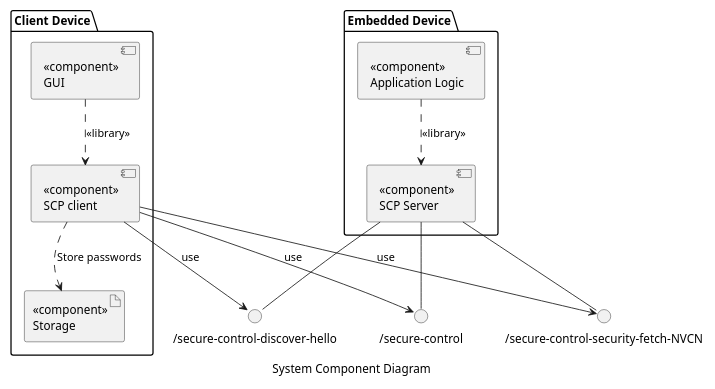
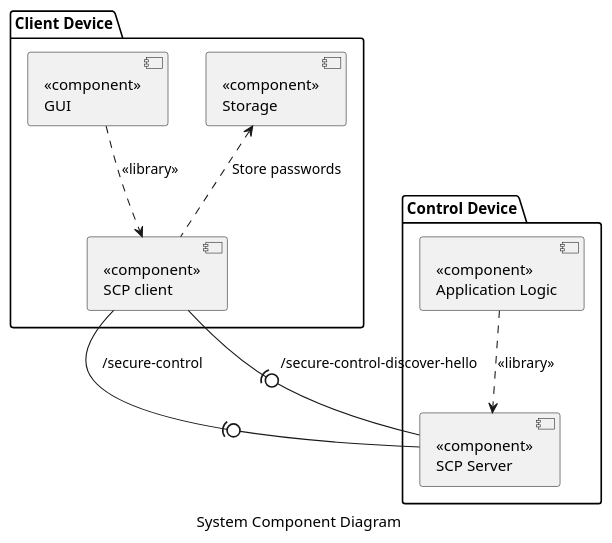
One commit to houseos/SCP changed the first of 4 diagrams in doc/secure-control-protocol-specification.md. Above: the diagram before and after it, drawn with PlantUML. The commit also changed other lines of this file and 1 other file, not shown here.

````diff
--- a/doc/secure-control-protocol-specification.md
+++ b/doc/secure-control-protocol-specification.md
@@ -36,60 +38,48 @@
 ```plantuml
 @startuml
 caption System Component Diagram
 
 skinparam monochrome true
 skinparam componentStyle uml2
 
 scale max 650 width
 
 package "Client Device" {
     component client [
         <<component>>
         SCP client
     ]
 
-    artifact storage [
+    component storage [
         <<component>>
         Storage
     ]
 
     component gui[
         <<component>>
         GUI
     ]
+        
+    gui ..> client : <<library>>
+    client .up.> storage : Store passwords 
 }
 
-package "Embedded Device" {
+package "Control Device" {
     component server [
         <<component>>
         SCP Server
     ]
 
     component app [
         <<component>>
         Application Logic
     ]
+
+    app ..> server : <<library>>
 }
 
-() "/secure-control" as epSc
-
-() "/secure-control-discover-hello" as epScDh
-
-() "/secure-control-security-fetch-NVCN" as epScSfi
-
-server -- epSc
-server -- epScDh
-server -- epScSfi
-
-client --> epSc : use
-client --> epScDh : use
-client --> epScSfi : use
-
-app ..> server : <<library>>
-
-gui ..> client : <<library>>
-
-client ..> storage : Store passwords 
+client -(0- server: /secure-control
+client -(0- server: /secure-control-discover-hello
 
 @enduml
 ```
````
